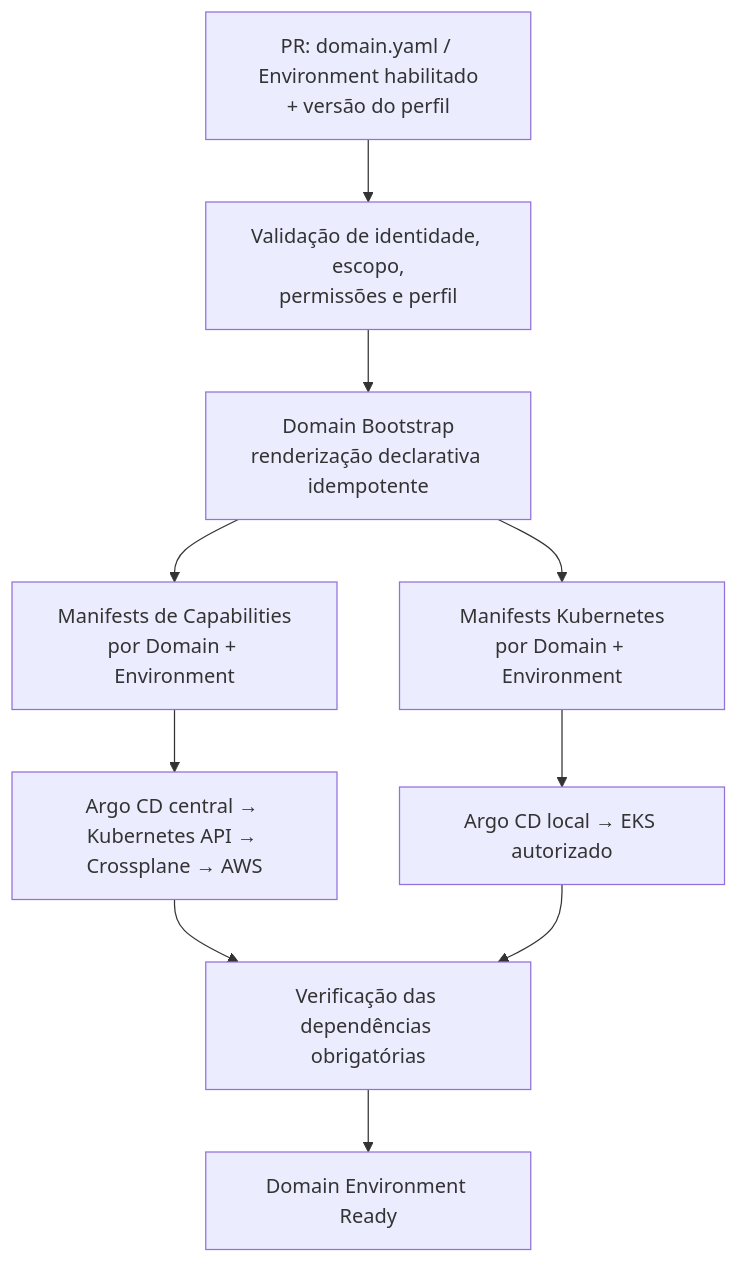
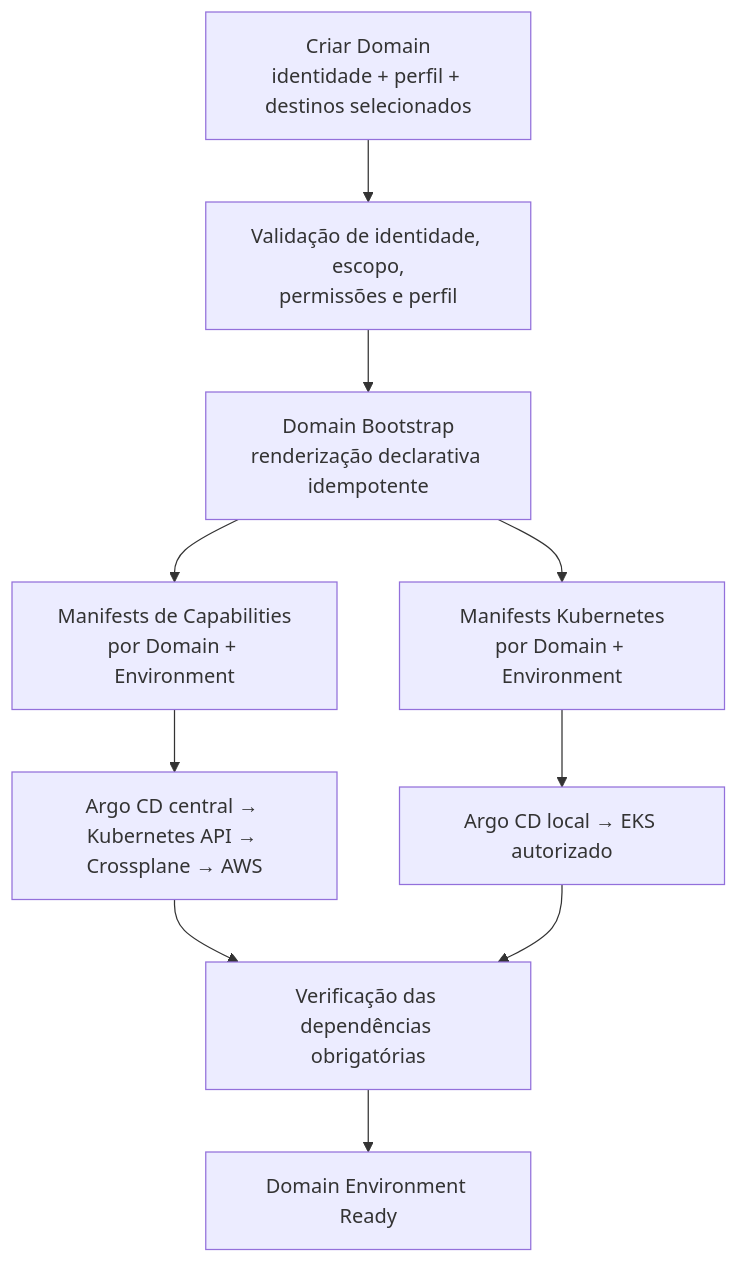
The second of 3 diagrams in docs/architecture.md (DavidFerreira21/platform-engineering-poc), drawn with Mermaid before and after one commit. The commit also changed other lines of this file and 9 other files, not shown here.

````diff
--- a/docs/architecture.md
+++ b/docs/architecture.md
@@ -181,12 +181,12 @@
 ```mermaid
 flowchart TB
-    R["PR: domain.yaml / Environment habilitado<br/>+ versão do perfil"] --> V["Validação de identidade, escopo,<br/>permissões e perfil"]
+    R["Criar Domain<br/>identidade + perfil + destinos selecionados"] --> V["Validação de identidade, escopo,<br/>permissões e perfil"]
     V --> B["Domain Bootstrap<br/>renderização declarativa idempotente"]
     B --> I["Manifests de Capabilities<br/>por Domain + Environment"]
     B --> K["Manifests Kubernetes<br/>por Domain + Environment"]
     I --> C["Argo CD central → Kubernetes API → Crossplane → AWS"]
     K --> L["Argo CD local → EKS autorizado"]
     C --> S["Verificação das dependências obrigatórias"]
     L --> S
     S --> READY["Domain Environment Ready"]
 ```
````
